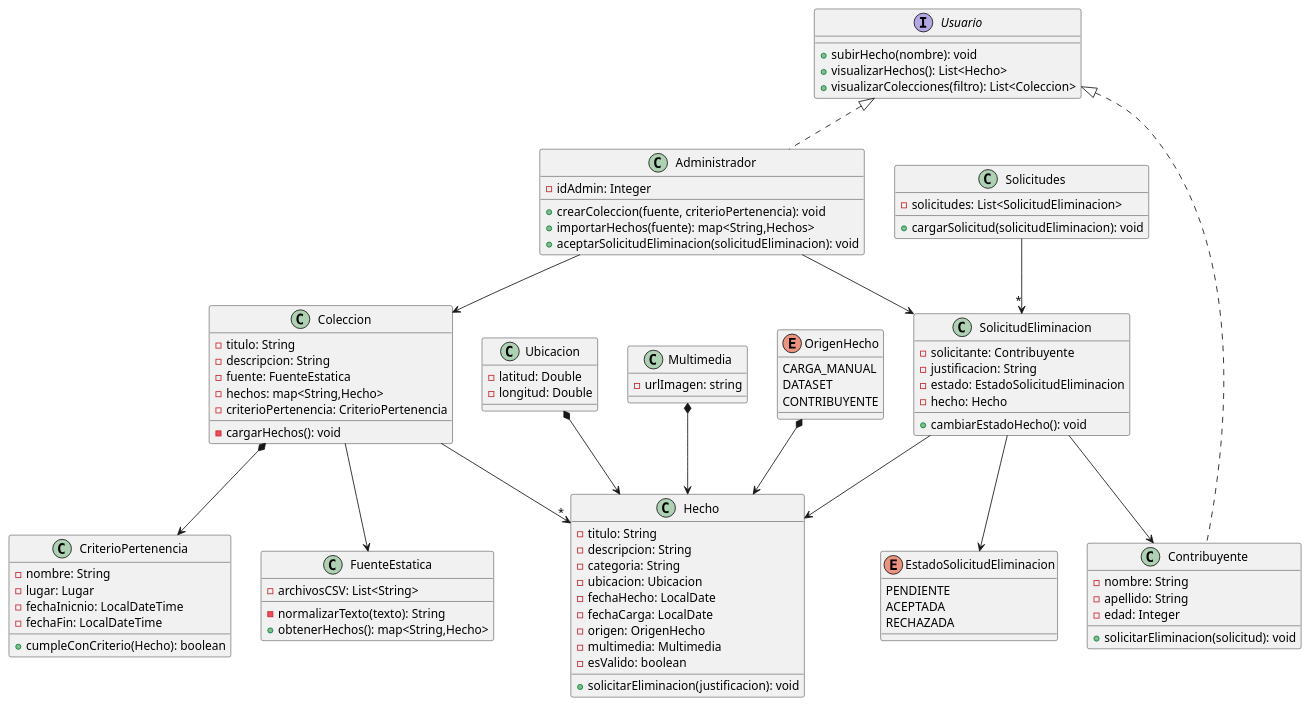
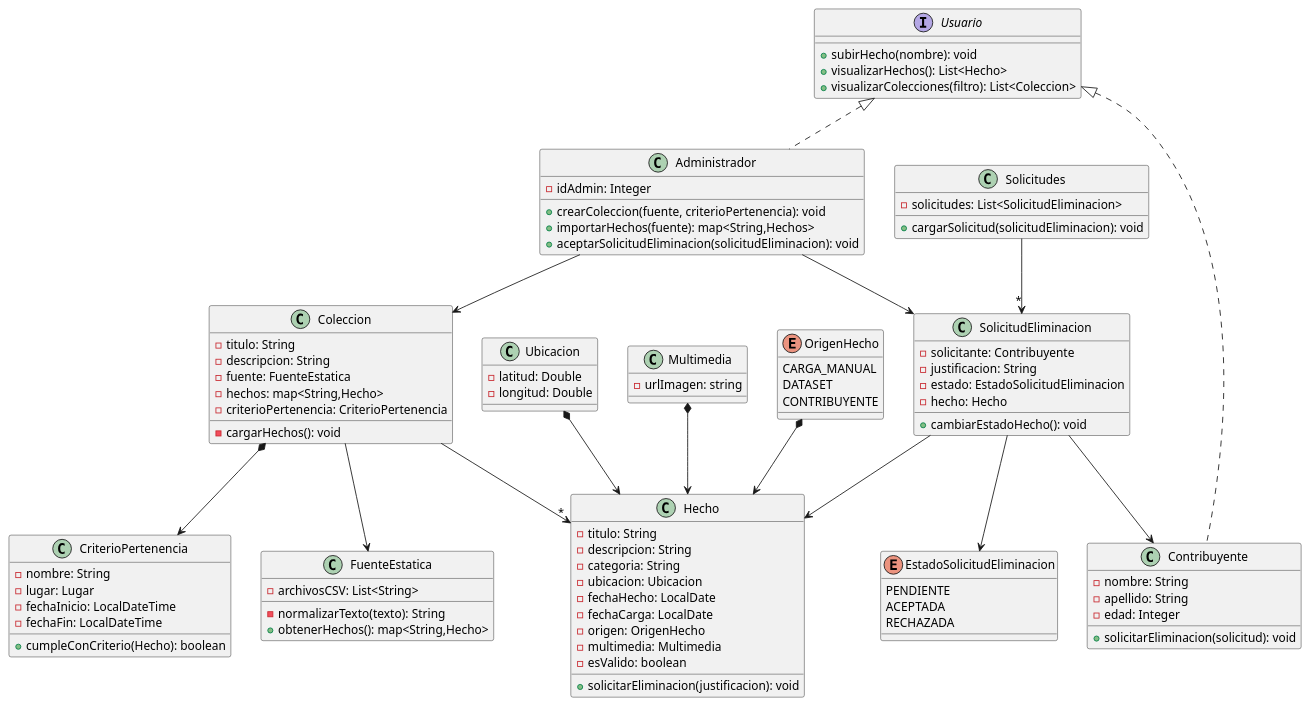
Before and after one commit to OslothLAS/ProyectoDeploy: the diagram in src/main/DiagramaDeClases.puml, drawn with PlantUML.

```diff
--- a/src/main/DiagramaDeClases.puml
+++ b/src/main/DiagramaDeClases.puml
@@ -1,121 +1,121 @@
 @startuml MetaMapa_Entrega1
 
 
 class Coleccion {
    - titulo: String
    - descripcion: String
    - fuente: FuenteEstatica
    - hechos: map<String,Hecho>
    - criterioPertenencia: CriterioPertenencia
    - cargarHechos(): void
  }
 
  class CriterioPertenencia {
    - nombre: String
    - lugar: Lugar
-   - fechaInicnio: LocalDateTime
+   - fechaInicio: LocalDateTime
    - fechaFin: LocalDateTime
    + cumpleConCriterio(Hecho): boolean
  }
 
 
 
  class Ubicacion {
    -latitud: Double
    -longitud: Double
  }
 
   class SolicitudEliminacion{
     -solicitante: Contribuyente
     - justificacion: String
     - estado: EstadoSolicitudEliminacion
     - hecho: Hecho
     + cambiarEstadoHecho(): void
   }
 
   class Solicitudes{
   - solicitudes: List<SolicitudEliminacion>
     + cargarSolicitud(solicitudEliminacion): void
   }
 
    enum EstadoSolicitudEliminacion {
        PENDIENTE
        ACEPTADA
        RECHAZADA
      }
 
  class Hecho {
    - titulo: String
    - descripcion: String
    - categoria: String
    -ubicacion: Ubicacion
    - fechaHecho: LocalDate
    - fechaCarga: LocalDate
    - origen: OrigenHecho
    - multimedia: Multimedia
    - esValido: boolean
 
    + solicitarEliminacion(justificacion): void
     }
 
   class Multimedia{
     -urlImagen: string
 
   }
 
   interface Usuario{
      + subirHecho(nombre): void
      + visualizarHechos(): List<Hecho>
      + visualizarColecciones(filtro): List<Coleccion>
   }
 
   enum OrigenHecho {
     CARGA_MANUAL
     DATASET
     CONTRIBUYENTE
   }
 
 
   class FuenteEstatica{
     - archivosCSV: List<String>
     - normalizarTexto(texto): String
     + obtenerHechos(): map<String,Hecho>
   }
 
 
 
 class Contribuyente implements Usuario{
     - nombre: String
     - apellido: String
     - edad: Integer
    + solicitarEliminacion(solicitud): void
 }
 
 
   class Administrador implements Usuario{
     - idAdmin: Integer
     + crearColeccion(fuente, criterioPertenencia): void
     + importarHechos(fuente): map<String,Hechos>
     +aceptarSolicitudEliminacion(solicitudEliminacion): void
   }
 
   Coleccion --> FuenteEstatica
   Coleccion -->"*" Hecho
   OrigenHecho *--> Hecho
   Ubicacion *--> Hecho
   Administrador --> Coleccion
   Administrador --> SolicitudEliminacion
   SolicitudEliminacion --> Hecho
   SolicitudEliminacion --> Contribuyente
   Solicitudes -->"*" SolicitudEliminacion
   SolicitudEliminacion --> EstadoSolicitudEliminacion
   Coleccion *--> CriterioPertenencia
   Multimedia *--> Hecho
 
 
 
 
 
 
 
 @enduml
```
